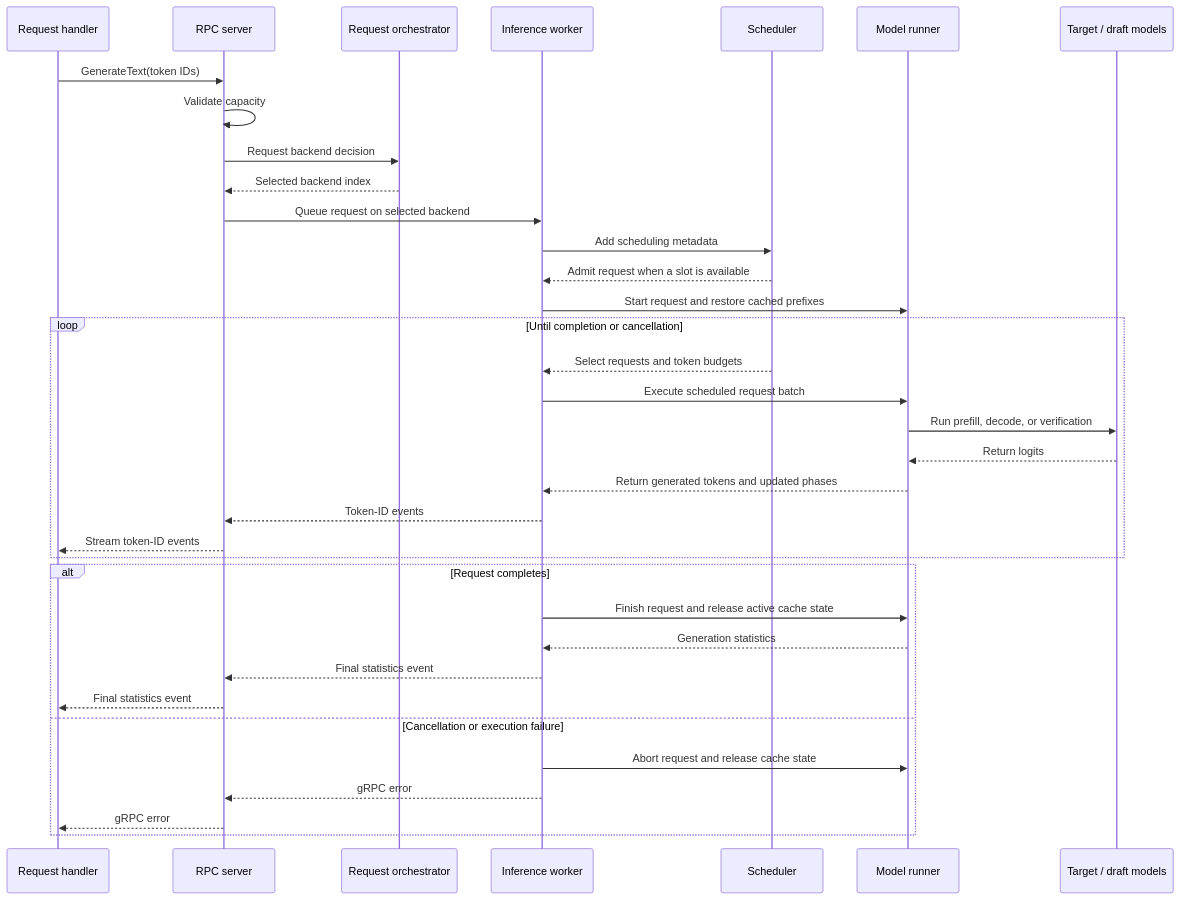
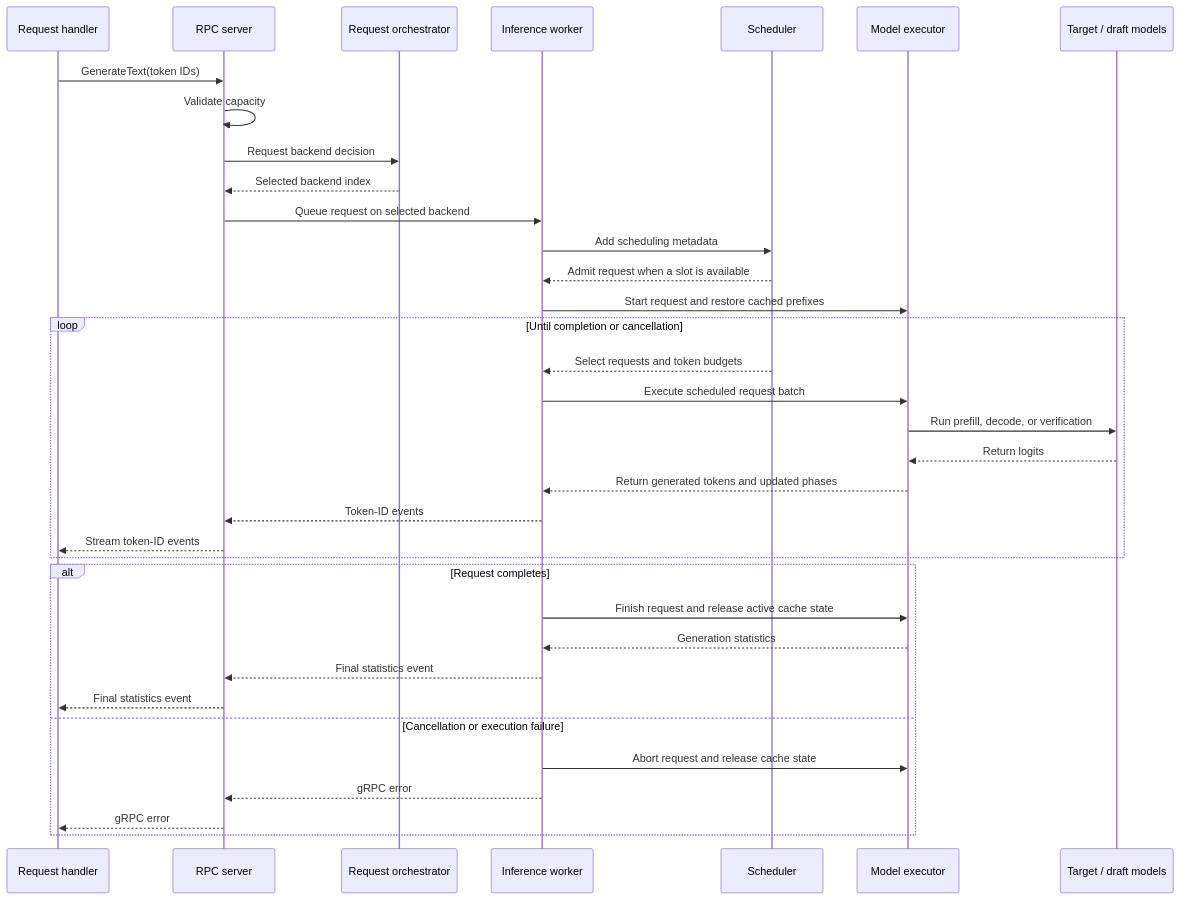
One commit to lun0522/mini-vllm-rs changed the second of 2 diagrams in src/model_runner/README.md. Above: the diagram before and after it, drawn with Mermaid. The commit also changed other lines of this file and 7 other files, not shown here.

First line of the commit message:
Refactor: clarify model execution and generation statistics boundaries

````diff
--- a/src/model_runner/README.md
+++ b/src/model_runner/README.md
@@ -59,38 +60,38 @@
 ```mermaid
 sequenceDiagram
     participant Handler as Request handler
     participant Rpc as RPC server
     participant Orchestrator as Request orchestrator
     participant Worker as Inference worker
     participant Scheduler
-    participant Runner as Model runner
+    participant Executor as Model executor
     participant Models as Target / draft models
 
     Handler->>Rpc: GenerateText(token IDs)
     Rpc->>Rpc: Validate capacity
     Rpc->>Orchestrator: Request backend decision
     Orchestrator-->>Rpc: Selected backend index
     Rpc->>Worker: Queue request on selected backend
     Worker->>Scheduler: Add scheduling metadata
     Scheduler-->>Worker: Admit request when a slot is available
-    Worker->>Runner: Start request and restore cached prefixes
+    Worker->>Executor: Start request and restore cached prefixes
     loop Until completion or cancellation
         Scheduler-->>Worker: Select requests and token budgets
-        Worker->>Runner: Execute scheduled request batch
-        Runner->>Models: Run prefill, decode, or verification
-        Models-->>Runner: Return logits
-        Runner-->>Worker: Return generated tokens and updated phases
+        Worker->>Executor: Execute scheduled request batch
+        Executor->>Models: Run prefill, decode, or verification
+        Models-->>Executor: Return logits
+        Executor-->>Worker: Return generated tokens and updated phases
         Worker-->>Rpc: Token-ID events
         Rpc-->>Handler: Stream token-ID events
     end
     alt Request completes
-        Worker->>Runner: Finish request and release active cache state
-        Runner-->>Worker: Generation statistics
+        Worker->>Executor: Finish request and release active cache state
+        Executor-->>Worker: Generation statistics
         Worker-->>Rpc: Final statistics event
         Rpc-->>Handler: Final statistics event
     else Cancellation or execution failure
-        Worker->>Runner: Abort request and release cache state
+        Worker->>Executor: Abort request and release cache state
         Worker-->>Rpc: gRPC error
         Rpc-->>Handler: gRPC error
     end
 ```
````
